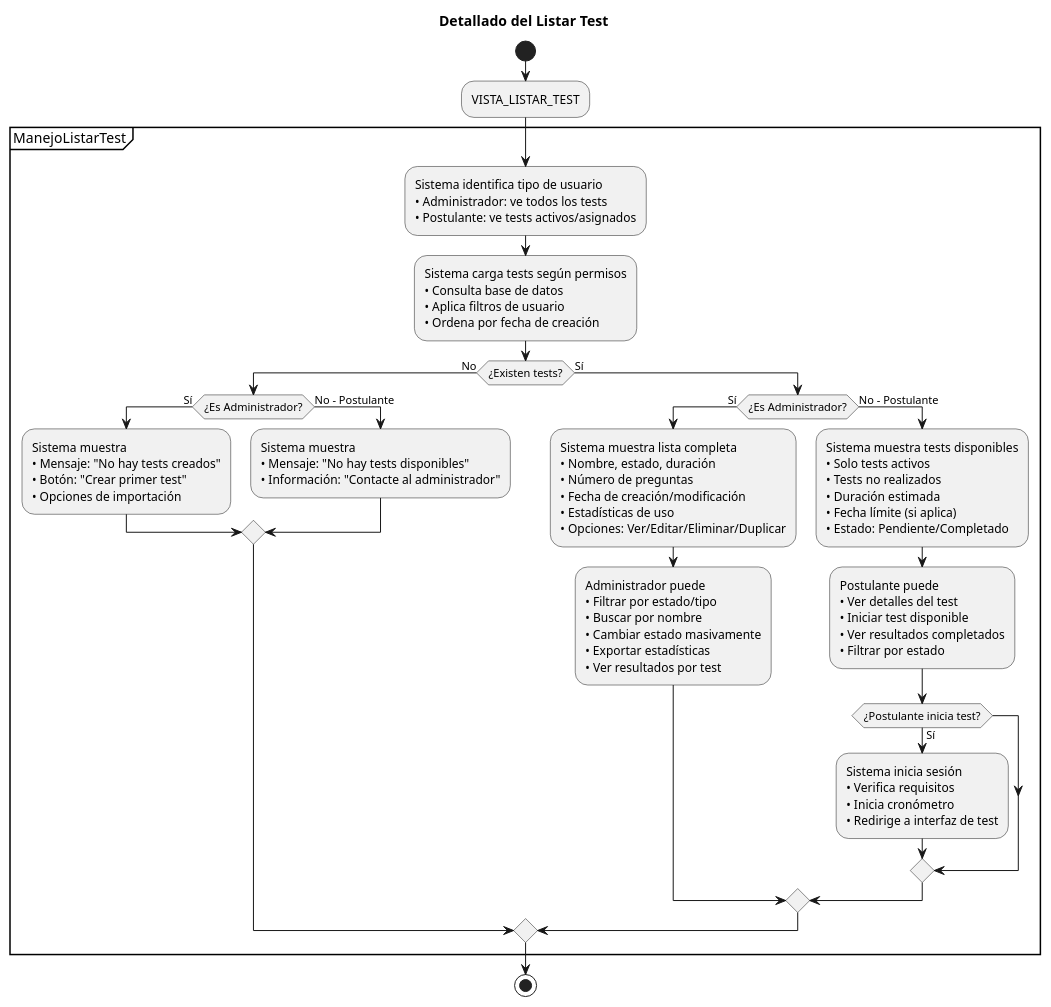
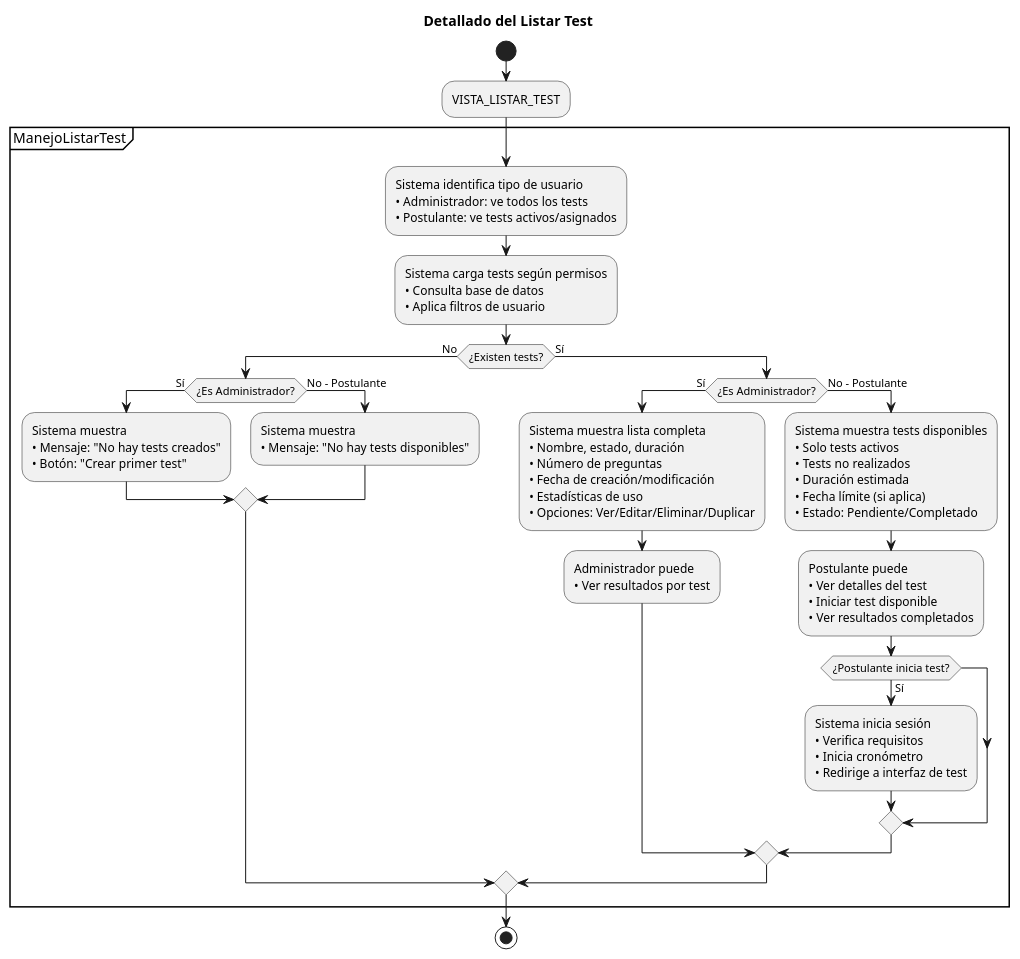
One commit to Dievex/24-25-IdSw1-SDR changed the diagram in casos_de_uso/diagramas_casos_de_uso_detallados/listar_test.puml. Above: the diagram before and after it, drawn with PlantUML.

Commit message:
listar_Test modificacion

```diff
--- a/casos_de_uso/diagramas_casos_de_uso_detallados/listar_test.puml
+++ b/casos_de_uso/diagramas_casos_de_uso_detallados/listar_test.puml
@@ -1,78 +1,74 @@
 @startuml
 title Detallado del Listar Test
 
 start
 
 :VISTA_LISTAR_TEST;
 
 partition ManejoListarTest {
   
   :Sistema identifica tipo de usuario
   • Administrador: ve todos los tests
   • Postulante: ve tests activos/asignados;
   
   :Sistema carga tests según permisos
   • Consulta base de datos
-  • Aplica filtros de usuario
-  • Ordena por fecha de creación;
+  • Aplica filtros de usuario;
+  
   
   if (¿Existen tests?) then (No)
     if (¿Es Administrador?) then (Sí)
       :Sistema muestra
       • Mensaje: "No hay tests creados"
-      • Botón: "Crear primer test"
-      • Opciones de importación;
+      • Botón: "Crear primer test";
+     
       
     else (No - Postulante)
       :Sistema muestra
-      • Mensaje: "No hay tests disponibles"
-      • Información: "Contacte al administrador";
+      • Mensaje: "No hay tests disponibles";
+    
       
     endif
     
   else (Sí)
     if (¿Es Administrador?) then (Sí)
       :Sistema muestra lista completa
       • Nombre, estado, duración
       • Número de preguntas
       • Fecha de creación/modificación
       • Estadísticas de uso
       • Opciones: Ver/Editar/Eliminar/Duplicar;
       
       :Administrador puede
-      • Filtrar por estado/tipo
-      • Buscar por nombre
-      • Cambiar estado masivamente
-      • Exportar estadísticas
       • Ver resultados por test;
       
     else (No - Postulante)
       :Sistema muestra tests disponibles
       • Solo tests activos
       • Tests no realizados
       • Duración estimada
       • Fecha límite (si aplica)
       • Estado: Pendiente/Completado;
       
       :Postulante puede
       • Ver detalles del test
       • Iniciar test disponible
-      • Ver resultados completados
-      • Filtrar por estado;
+      • Ver resultados completados;
+      
       
       if (¿Postulante inicia test?) then (Sí)
         :Sistema inicia sesión
         • Verifica requisitos
         • Inicia cronómetro
         • Redirige a interfaz de test;
         
       endif
       
     endif
     
   endif
   
 }
 
 stop
 @enduml
```
